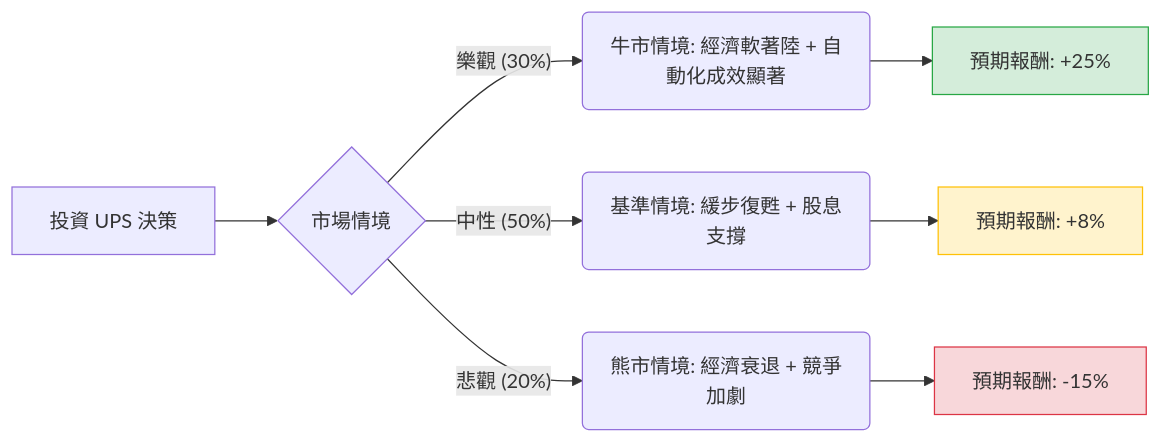
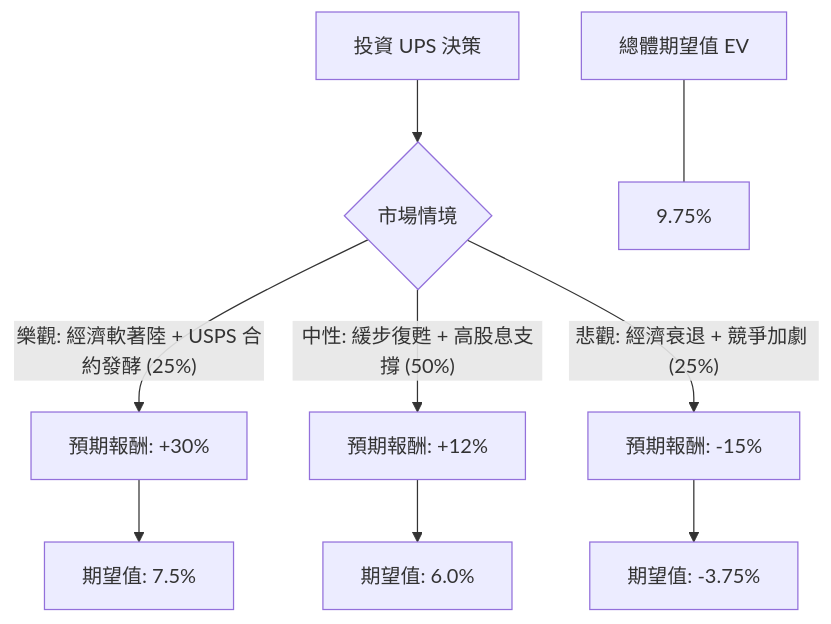
One commit to zmcx16/zmcx16.github.io changed the diagram in plugin-react/ai-analysis/ev-analysis/UPS.md. Above: the diagram before and after it, drawn with Mermaid. The commit also changed other lines of this file and 75 other files, not shown here.

````diff
--- a/plugin-react/ai-analysis/ev-analysis/UPS.md
+++ b/plugin-react/ai-analysis/ev-analysis/UPS.md
@@ -21,16 +20,14 @@
 ```mermaid
-graph LR
+graph TD
     A[投資 UPS 決策] --> B{市場情境}
     
-    B -- 樂觀 (30%) --> C(牛市情境: 經濟軟著陸 + 自動化成效顯著)
-    B -- 中性 (50%) --> D(基準情境: 緩步復甦 + 股息支撐)
-    B -- 悲觀 (20%) --> E(熊市情境: 經濟衰退 + 競爭加劇)
+    B -- 樂觀: 經濟軟著陸 + USPS 合約發酵 (25%) --> C[預期報酬: +30%]
+    B -- 中性: 緩步復甦 + 高股息支撐 (50%) --> D[預期報酬: +12%]
+    B -- 悲觀: 經濟衰退 + 競爭加劇 (25%) --> E[預期報酬: -15%]
 
-    C --> C1[預期報酬: +25%]
-    D --> D1[預期報酬: +8%]
-    E --> E1[預期報酬: -15%]
-
-    style C1 fill:#d4edda,stroke:#28a745
-    style D1 fill:#fff3cd,stroke:#ffc107
-    style E1 fill:#f8d7da,stroke:#dc3545
+    C --> F[期望值: 7.5%]
+    D --> G[期望值: 6.0%]
+    E --> H[期望值: -3.75%]
+    
+    I[總體期望值 EV] --- J[9.75%]
 ```
````
